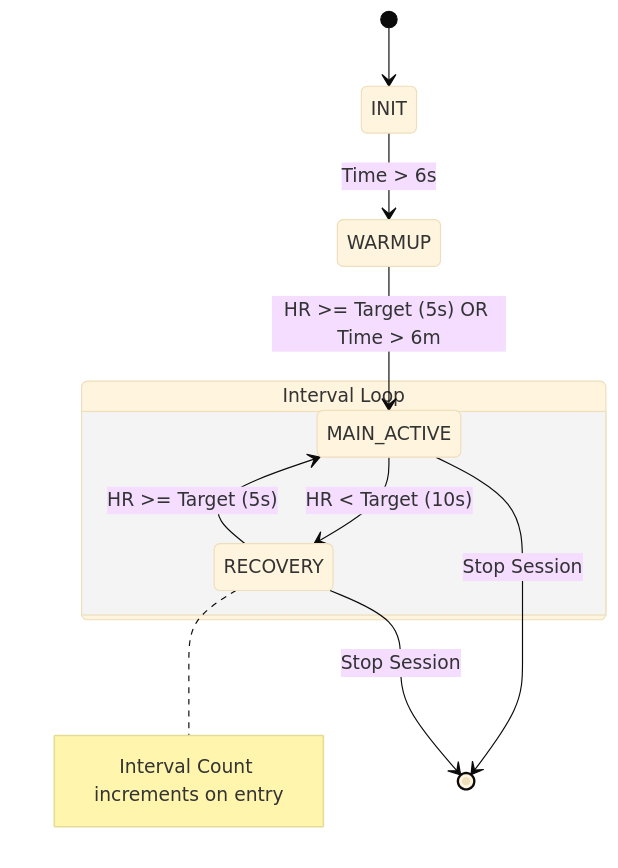
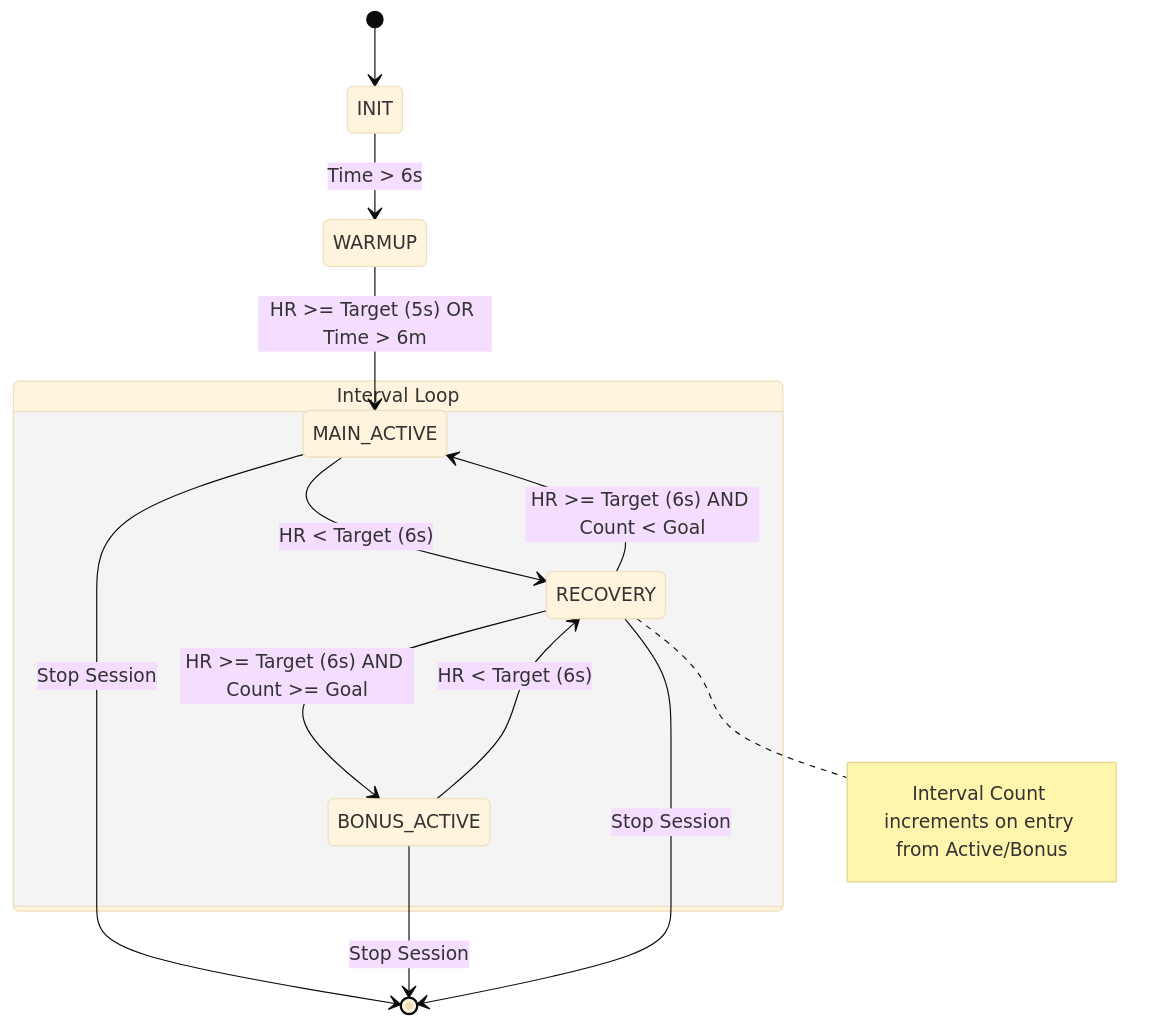
One commit to frogofprey/aahrm_vibe_proto changed the diagram in interval_state.md. Above: the diagram before and after it, drawn with Mermaid (base theme). The commit also changed other lines of this file and 7 other files, not shown here.

````diff
--- a/interval_state.md
+++ b/interval_state.md
@@ -19,17 +17,21 @@
 ```mermaid
 stateDiagram-v2
     [*] --> INIT
     INIT --> WARMUP: Time > 6s
     
     WARMUP --> MAIN_ACTIVE: HR >= Target (5s) OR Time > 6m
     
     state "Interval Loop" as Loop {
-        MAIN_ACTIVE --> RECOVERY: HR < Target (10s)
-        RECOVERY --> MAIN_ACTIVE: HR >= Target (5s)
+        MAIN_ACTIVE --> RECOVERY: HR < Target (6s)
+        BONUS_ACTIVE --> RECOVERY: HR < Target (6s)
+        
+        RECOVERY --> MAIN_ACTIVE: HR >= Target (6s) AND Count < Goal
+        RECOVERY --> BONUS_ACTIVE: HR >= Target (6s) AND Count >= Goal
     }
     
-    Note right of RECOVERY: Interval Count increments on entry
+    Note right of RECOVERY: Interval Count increments on entry from Active/Bonus
     
     MAIN_ACTIVE --> [*]: Stop Session
+    BONUS_ACTIVE --> [*]: Stop Session
     RECOVERY --> [*]: Stop Session
 ```
````
